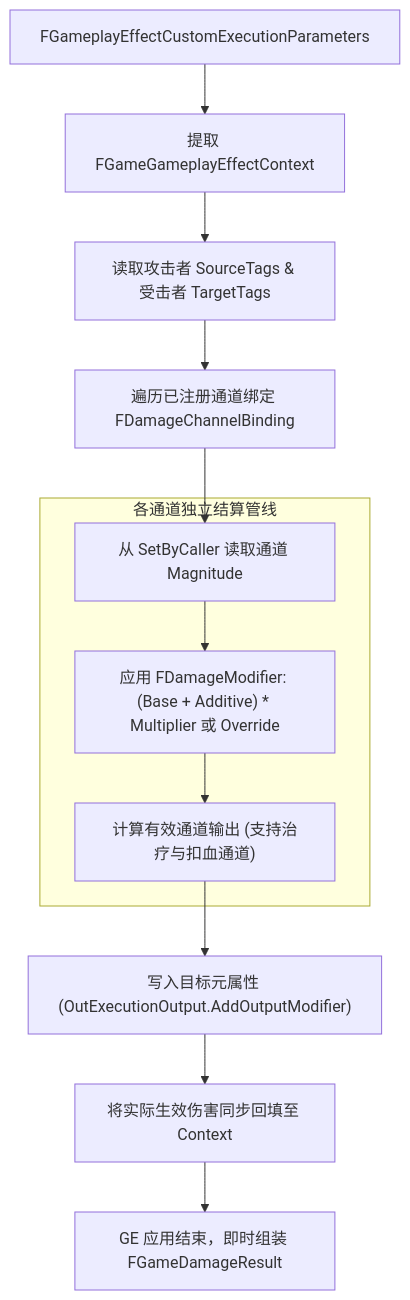
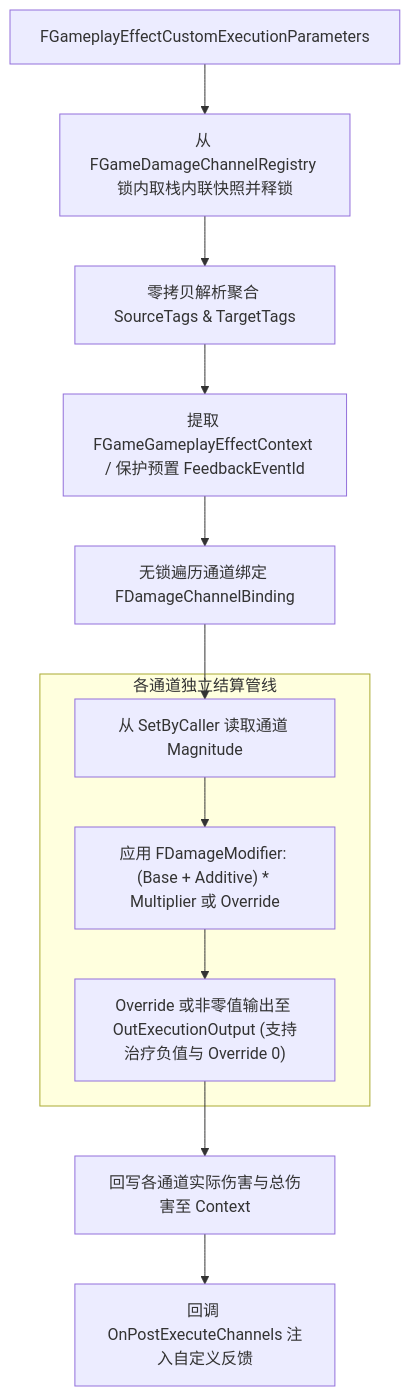
The diagram in Plugins/GameGameplay/Docs/Architecture/DamageExecutionPipeline.md (YIice-cwj/ue5-toolkit), drawn with Mermaid before and after one commit. The commit also changed other lines of this file and 58 other files, not shown here.

````diff
--- a/Plugins/GameGameplay/Docs/Architecture/DamageExecutionPipeline.md
+++ b/Plugins/GameGameplay/Docs/Architecture/DamageExecutionPipeline.md
@@ -11,20 +11,19 @@
 ```mermaid
 flowchart TD
-    In[FGameplayEffectCustomExecutionParameters] --> ExtractContext[提取 FGameGameplayEffectContext]
-    ExtractContext --> ReadSourceTags[读取攻击者 SourceTags & 受击者 TargetTags]
-    ReadSourceTags --> LoopChannels[遍历已注册通道绑定 FDamageChannelBinding]
+    In[FGameplayEffectCustomExecutionParameters] --> Snapshot[从 FGameDamageChannelRegistry 锁内取栈内联快照并释锁]
+    Snapshot --> ResolveTags[零拷贝解析聚合 SourceTags & TargetTags]
+    ResolveTags --> ExtractContext[提取 FGameGameplayEffectContext / 保护预置 FeedbackEventId]
+    ExtractContext --> LoopChannels[无锁遍历通道绑定 FDamageChannelBinding]
 
     subgraph ChannelEval["各通道独立结算管线"]
         FindVal["从 SetByCaller 读取通道 Magnitude"]
         CheckMod["应用 FDamageModifier: (Base + Additive) * Multiplier 或 Override"]
-        ClampZero["计算有效通道输出 (支持治疗与扣血通道)"]
+        EmitCheck["Override 或非零值输出至 OutExecutionOutput (支持治疗负值与 Override 0)"]
     end
 
     LoopChannels --> FindVal
     FindVal --> CheckMod
-    CheckMod --> ClampZero
-    ClampZero --> OutMeta["写入目标元属性 (OutExecutionOutput.AddOutputModifier)"]
-
-    OutMeta --> WriteBack["将实际生效伤害同步回填至 Context"]
-    WriteBack --> SyncReturn["GE 应用结束，即时组装 FGameDamageResult"]
+    CheckMod --> EmitCheck
+    EmitCheck --> WriteBack["回写各通道实际伤害与总伤害至 Context"]
+    WriteBack --> PostHook["回调 OnPostExecuteChannels 注入自定义反馈"]
 ```
````
